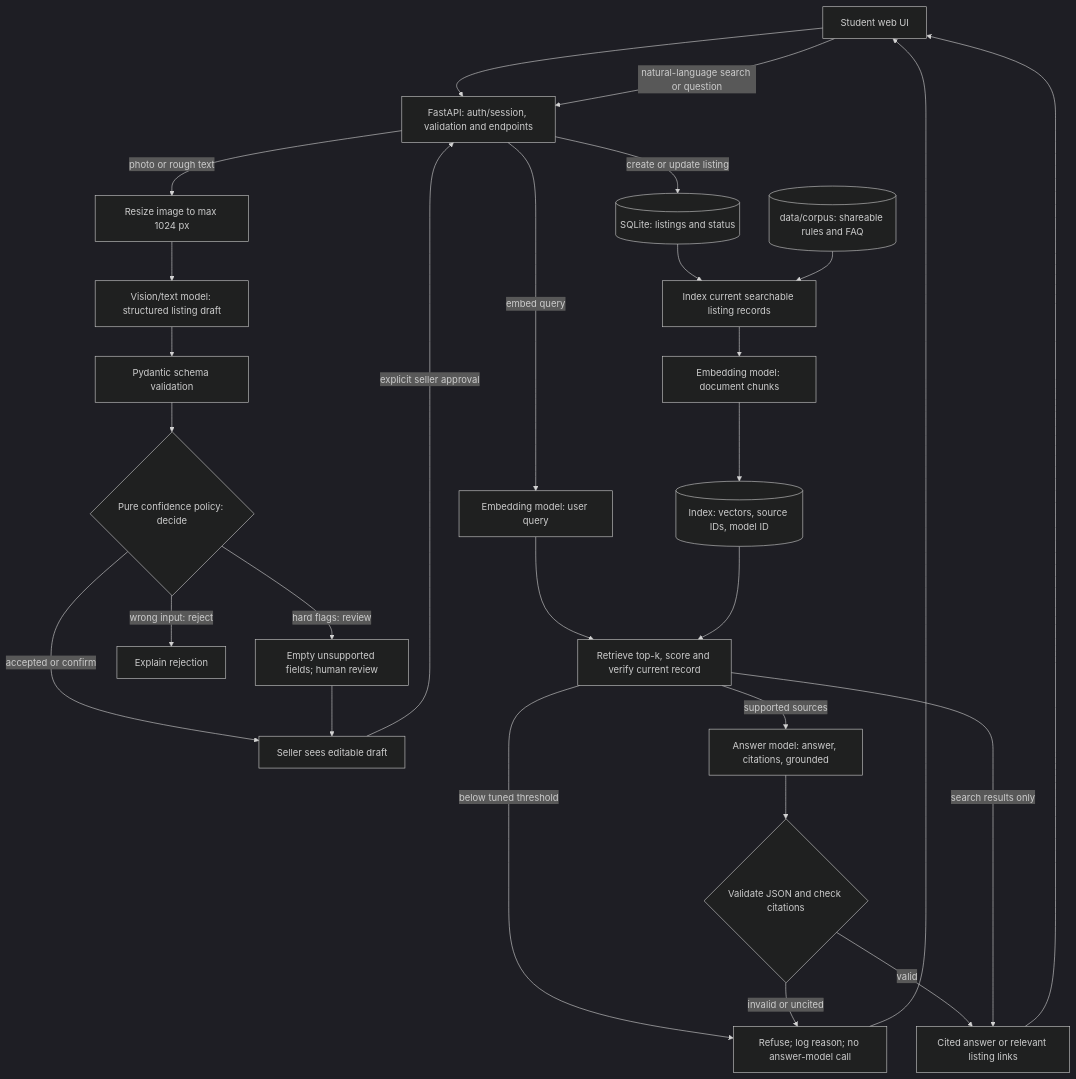
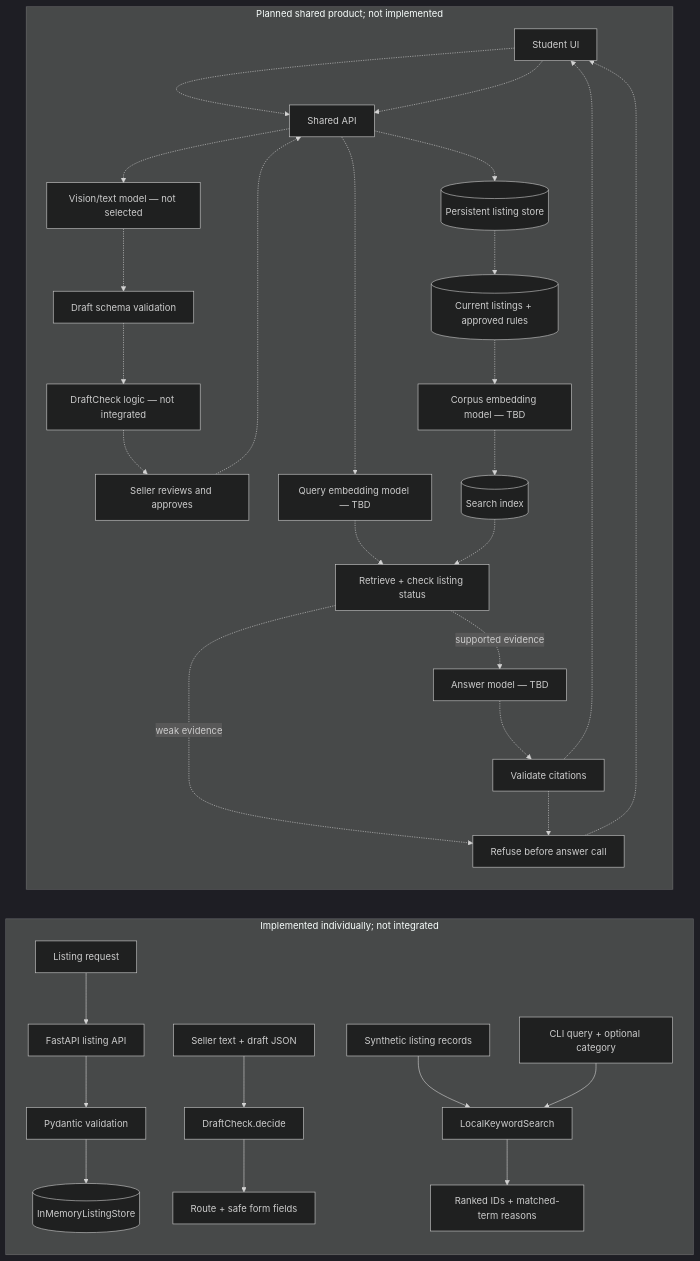
The diagram in docs/DESIGN-REVIEW.md (TiChoto/AI-Sloppers), drawn with Mermaid (dark theme) before and after one commit. The commit also changed other lines of this file, not shown here.

First line of the commit message:
Revise DESIGN-REVIEW.md for clarity and updates

````diff
--- a/docs/DESIGN-REVIEW.md
+++ b/docs/DESIGN-REVIEW.md
@@ -24,30 +24,36 @@
 ```mermaid
-flowchart TD
-  U[Student web UI] --> API[FastAPI: auth/session, validation and endpoints]
-  API -->|create or update listing| DB[(SQLite: listings and status)]
-  API -->|photo or rough text| PRE[Resize image to max 1024 px]
-  PRE --> V[Vision/text model: structured listing draft]
-  V --> VAL[Pydantic schema validation]
-  VAL --> DEC{Pure confidence policy: decide}
-  DEC -->|accepted or confirm| H[Seller sees editable draft]
-  DEC -->|hard flags: review| REV[Empty unsupported fields; human review]
-  DEC -->|wrong input: reject| REJ[Explain rejection]
-  REV --> H
-  H -->|explicit seller approval| API
-  DB --> ING[Index current searchable listing records]
-  COR[(data/corpus: shareable rules and FAQ)] --> ING
-  ING --> EMB[Embedding model: document chunks]
-  EMB --> IDX[(Index: vectors, source IDs, model ID)]
-  U -->|natural-language search or question| API
-  API -->|embed query| QE[Embedding model: user query]
-  QE --> RET[Retrieve top-k, score and verify current record]
-  IDX --> RET
-  RET -->|below tuned threshold| REF[Refuse; log reason; no answer-model call]
-  RET -->|supported sources| ANS[Answer model: answer, citations, grounded]
-  ANS --> CHECK{Validate JSON and check citations}
-  CHECK -->|invalid or uncited| REF
-  CHECK -->|valid| OUT[Cited answer or relevant listing links]
-  RET -->|search results only| OUT
-  OUT --> U
-  REF --> U
+flowchart LR
+  subgraph HW1["Implemented individually; not integrated"]
+    S1[Listing request] --> API[FastAPI listing API]
+    API --> VAL[Pydantic validation]
+    VAL --> MEM[(InMemoryListingStore)]
+    D[Seller text + draft JSON] --> DC[DraftCheck.decide]
+    DC --> ROUTE[Route + safe form fields]
+    DATA[Synthetic listing records] --> IDX[LocalKeywordSearch]
+    Q[CLI query + optional category] --> IDX
+    IDX --> HITS[Ranked IDs + matched-term reasons]
+  end
+
+  subgraph TARGET["Planned shared product; not implemented"]
+    U[Student UI] -.-> SVC[Shared API]
+    SVC -.-> DB[(Persistent listing store)]
+    SVC -.-> VISION[Vision/text model — not selected]
+    VISION -.-> SCHEMA[Draft schema validation]
+    SCHEMA -.-> GATE[DraftCheck logic — not integrated]
+    GATE -.-> HUMAN[Seller reviews and approves]
+    HUMAN -.-> SVC
+    DB -.-> CORPUS[(Current listings + approved rules)]
+    CORPUS -.-> EMB[Corpus embedding model — TBD]
+    EMB -.-> VDB[(Search index)]
+    U -.-> SVC
+    SVC -.-> QEMB[Query embedding model — TBD]
+    QEMB -.-> RET[Retrieve + check listing status]
+    VDB -.-> RET
+    RET -.->|weak evidence| REF[Refuse before answer call]
+    RET -.->|supported evidence| ANSWER[Answer model — TBD]
+    ANSWER -.-> CHECK[Validate citations]
+    CHECK -.-> REF
+    CHECK -.-> U
+    REF -.-> U
+  end
 ```
````
